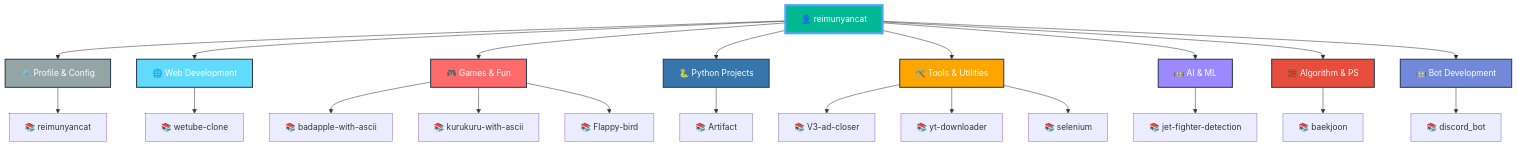
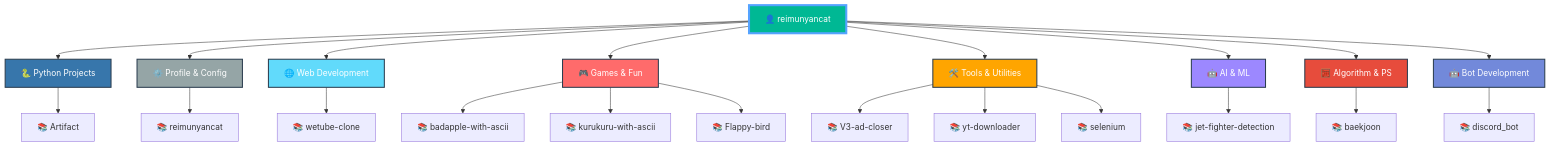
Before and after one commit to reimunyancat/reimunyancat: the diagram in README.md, drawn with Mermaid. The commit also changed other lines of this file, not shown here.

Commit message:
🤖 Auto-update README with latest repositories

````diff
--- a/README.md
+++ b/README.md
@@ -160,42 +160,42 @@
 ```mermaid
 graph TD
   A[👤 reimunyancat]
 
-  A --> CAT0[⚙️ Profile & Config]
-  CAT0 --> CAT0_0[📚 reimunyancat]
+  A --> CAT0[🐍 Python Projects]
+  CAT0 --> CAT0_0[📚 Artifact]
 
-  A --> CAT1[🌐 Web Development]
-  CAT1 --> CAT1_0[📚 wetube-clone]
+  A --> CAT1[⚙️ Profile & Config]
+  CAT1 --> CAT1_0[📚 reimunyancat]
 
-  A --> CAT2[🎮 Games & Fun]
-  CAT2 --> CAT2_0[📚 badapple-with-ascii]
-  CAT2 --> CAT2_1[📚 kurukuru-with-ascii]
-  CAT2 --> CAT2_2[📚 Flappy-bird]
+  A --> CAT2[🌐 Web Development]
+  CAT2 --> CAT2_0[📚 wetube-clone]
 
-  A --> CAT3[🐍 Python Projects]
-  CAT3 --> CAT3_0[📚 Artifact]
+  A --> CAT3[🎮 Games & Fun]
+  CAT3 --> CAT3_0[📚 badapple-with-ascii]
+  CAT3 --> CAT3_1[📚 kurukuru-with-ascii]
+  CAT3 --> CAT3_2[📚 Flappy-bird]
 
   A --> CAT4[🛠️ Tools & Utilities]
   CAT4 --> CAT4_0[📚 V3-ad-closer]
   CAT4 --> CAT4_1[📚 yt-downloader]
   CAT4 --> CAT4_2[📚 selenium]
 
   A --> CAT5[🤖 AI & ML]
   CAT5 --> CAT5_0[📚 jet-fighter-detection]
 
   A --> CAT6[🧮 Algorithm & PS]
   CAT6 --> CAT6_0[📚 baekjoon]
 
   A --> CAT7[🤖 Bot Development]
   CAT7 --> CAT7_0[📚 discord_bot]
 
   style A fill:#00b894,stroke:#55a3ff,stroke-width:4px,color:#fff
-  style CAT0 fill:#95a5a6,stroke:#2c3e50,stroke-width:2px,color:#fff
-  style CAT1 fill:#61dafb,stroke:#2c3e50,stroke-width:2px,color:#fff
-  style CAT2 fill:#ff6b6b,stroke:#2c3e50,stroke-width:2px,color:#fff
-  style CAT3 fill:#3776ab,stroke:#2c3e50,stroke-width:2px,color:#fff
+  style CAT0 fill:#3776ab,stroke:#2c3e50,stroke-width:2px,color:#fff
+  style CAT1 fill:#95a5a6,stroke:#2c3e50,stroke-width:2px,color:#fff
+  style CAT2 fill:#61dafb,stroke:#2c3e50,stroke-width:2px,color:#fff
+  style CAT3 fill:#ff6b6b,stroke:#2c3e50,stroke-width:2px,color:#fff
   style CAT4 fill:#ffa500,stroke:#2c3e50,stroke-width:2px,color:#fff
   style CAT5 fill:#9c88ff,stroke:#2c3e50,stroke-width:2px,color:#fff
   style CAT6 fill:#e74c3c,stroke:#2c3e50,stroke-width:2px,color:#fff
   style CAT7 fill:#7289da,stroke:#2c3e50,stroke-width:2px,color:#fff
 ```
````
